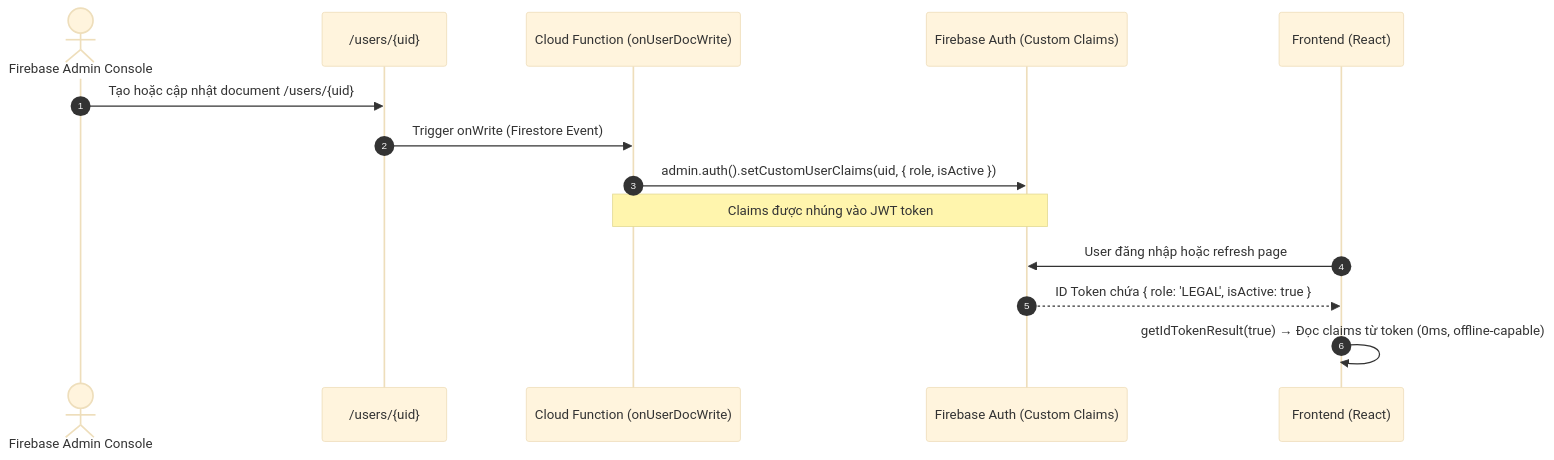
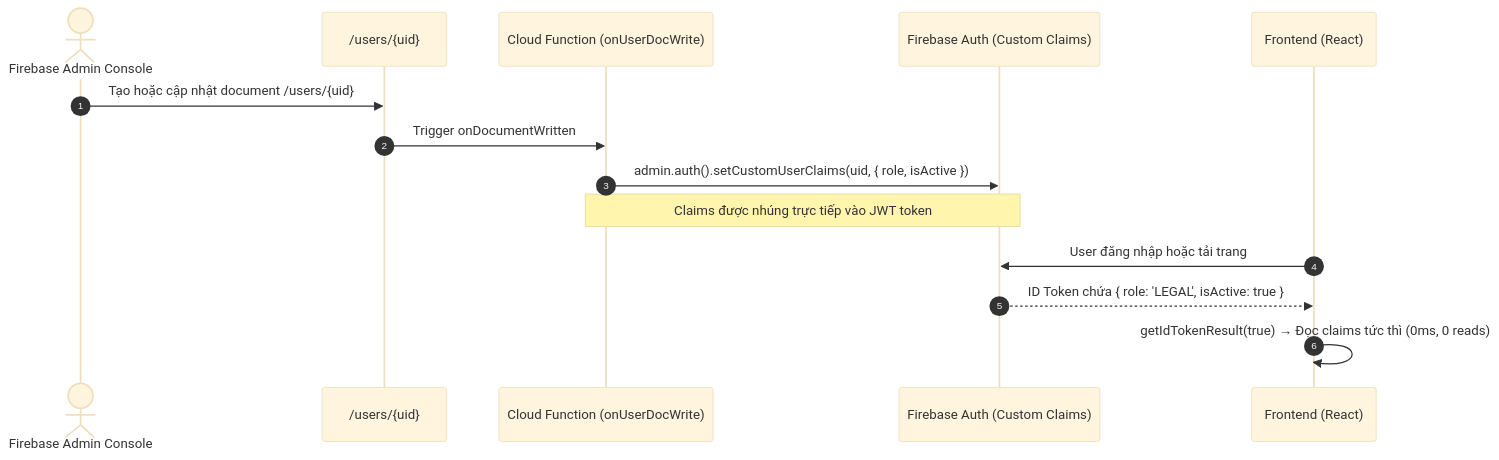
The third of 5 diagrams in new_architecture.md (khoavudl/ContractReview_firestore), drawn with Mermaid (base theme) before and after one commit. The commit also changed other lines of this file and 1 other file, not shown here.

Commit message:
docs: update project progress and new architecture documentation

````diff
--- a/new_architecture.md
+++ b/new_architecture.md
@@ -640,18 +698,18 @@
 ```mermaid
 sequenceDiagram
     autonumber
     actor Admin as Firebase Admin Console
     participant Firestore as /users/{uid}
     participant CF as Cloud Function (onUserDocWrite)
     participant Auth as Firebase Auth (Custom Claims)
     participant Client as Frontend (React)
 
     Admin->>Firestore: Tạo hoặc cập nhật document /users/{uid}
-    Firestore->>CF: Trigger onWrite (Firestore Event)
+    Firestore->>CF: Trigger onDocumentWritten
     CF->>Auth: admin.auth().setCustomUserClaims(uid, { role, isActive })
-    Note over CF,Auth: Claims được nhúng vào JWT token
+    Note over CF,Auth: Claims được nhúng trực tiếp vào JWT token
 
-    Client->>Auth: User đăng nhập hoặc refresh page
+    Client->>Auth: User đăng nhập hoặc tải trang
     Auth-->>Client: ID Token chứa { role: 'LEGAL', isActive: true }
-    Client->>Client: getIdTokenResult(true) → Đọc claims từ token (0ms, offline-capable)
+    Client->>Client: getIdTokenResult(true) → Đọc claims tức thì (0ms, 0 reads)
 ```
````
